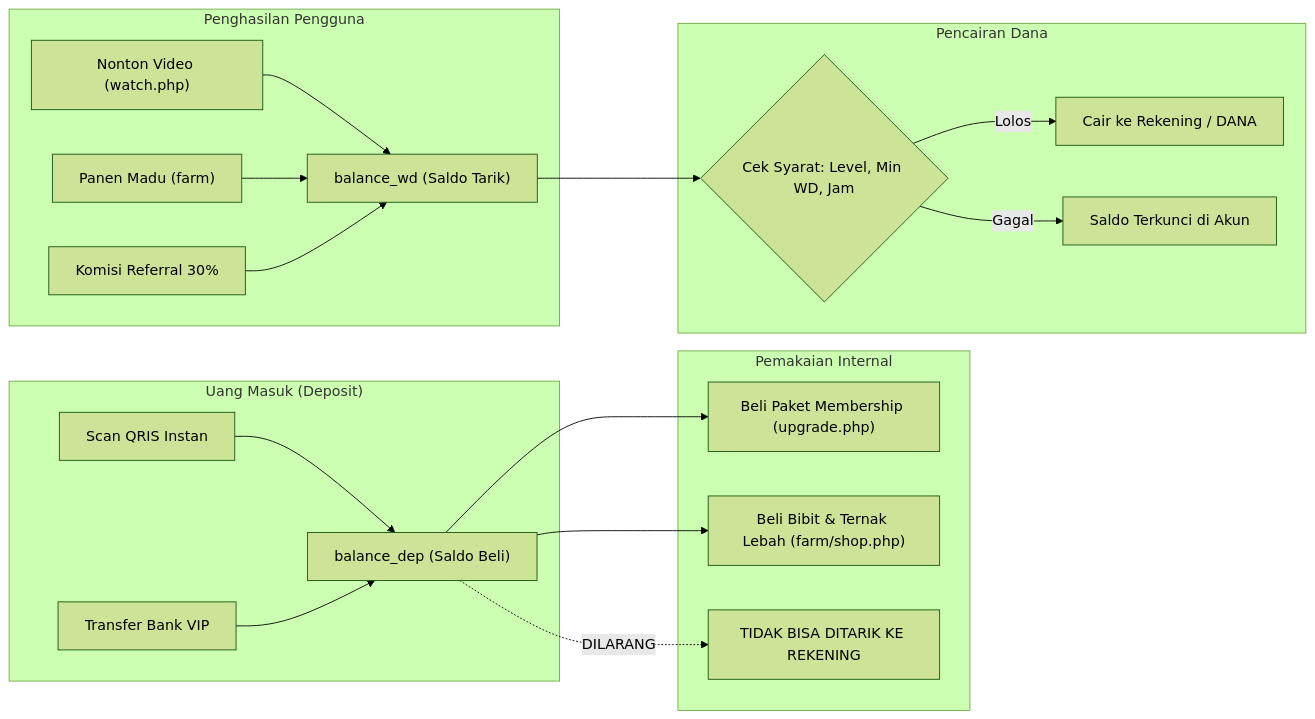
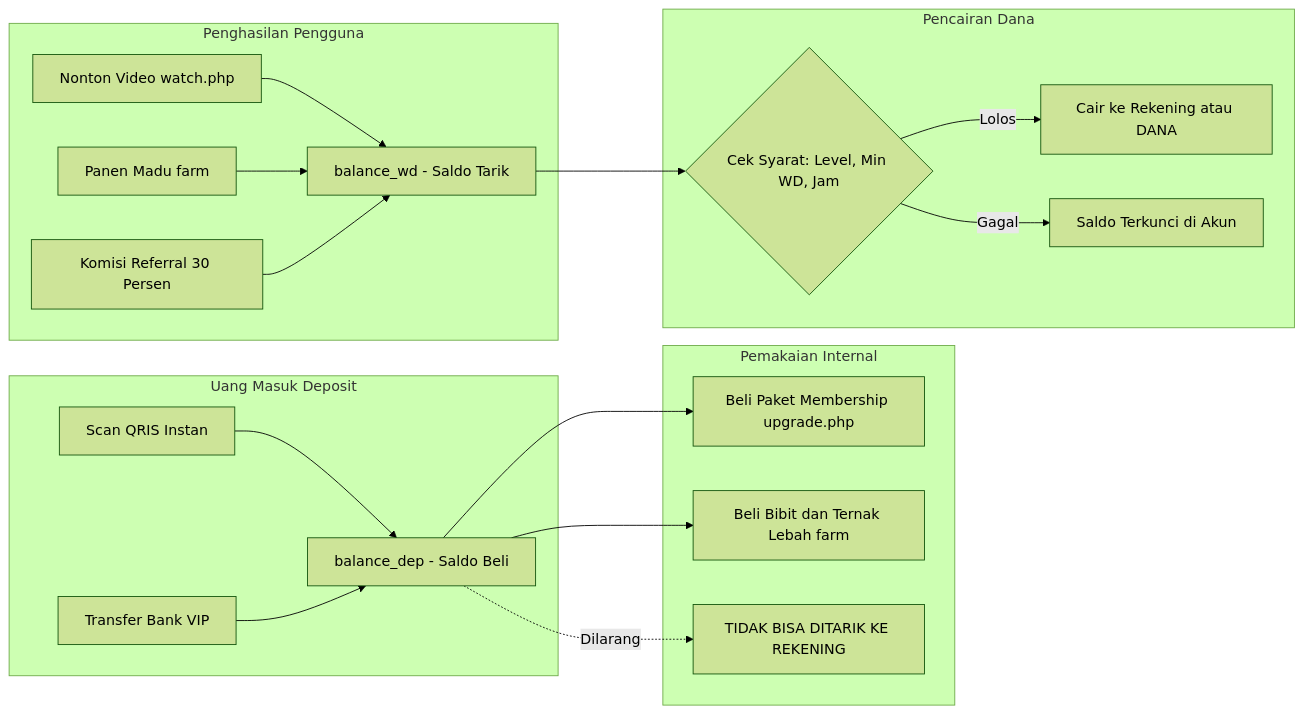
Before and after one commit to NixxyHorwitz/lebahcuan: the first of 5 diagrams in PANDUAN_UPGRADE_DAN_PROFIT.md, drawn with Mermaid (forest theme). The commit also changed other lines of this file, not shown here.

Commit message:
fix(docs): fix Mermaid diagram syntax for GitHub markdown rendering

````diff
--- a/PANDUAN_UPGRADE_DAN_PROFIT.md
+++ b/PANDUAN_UPGRADE_DAN_PROFIT.md
@@ -23,25 +23,25 @@
 ```mermaid
 graph LR
-    subgraph Uang_Masuk["Uang Masuk (Deposit)"]
-        QRIS["Scan QRIS Instan"] --> SaldoBeli["balance_dep (Saldo Beli)"]
-        Bank["Transfer Bank VIP"] --> SaldoBeli
+    subgraph Uang_Masuk [Uang Masuk Deposit]
+        QRIS[Scan QRIS Instan] --> SaldoBeli[balance_dep - Saldo Beli]
+        Bank[Transfer Bank VIP] --> SaldoBeli
     end
 
-    subgraph Pemakaian["Pemakaian Internal"]
-        SaldoBeli --> BeliPaket["Beli Paket Membership (upgrade.php)"]
-        SaldoBeli --> BeliBibit["Beli Bibit & Ternak Lebah (farm/shop.php)"]
-        SaldoBeli -.->|DILARANG| GagalWD["TIDAK BISA DITARIK KE REKENING"]
+    subgraph Pemakaian [Pemakaian Internal]
+        SaldoBeli --> BeliPaket[Beli Paket Membership upgrade.php]
+        SaldoBeli --> BeliBibit[Beli Bibit dan Ternak Lebah farm]
+        SaldoBeli -.->|Dilarang| GagalWD[TIDAK BISA DITARIK KE REKENING]
     end
 
-    subgraph Penghasilan["Penghasilan Pengguna"]
-        Nonton["Nonton Video (watch.php)"] --> SaldoTarik["balance_wd (Saldo Tarik)"]
-        Panen["Panen Madu (farm)"] --> SaldoTarik
-        Referral["Komisi Referral 30%"] --> SaldoTarik
+    subgraph Penghasilan [Penghasilan Pengguna]
+        Nonton[Nonton Video watch.php] --> SaldoTarik[balance_wd - Saldo Tarik]
+        Panen[Panen Madu farm] --> SaldoTarik
+        Referral[Komisi Referral 30 Persen] --> SaldoTarik
     end
 
-    subgraph Pencairan["Pencairan Dana"]
-        SaldoTarik --> Syarat{"Cek Syarat: Level, Min WD, Jam"}
-        Syarat -->|Lolos| BankUser["Cair ke Rekening / DANA"]
-        Syarat -->|Gagal| Terkunci["Saldo Terkunci di Akun"]
+    subgraph Pencairan [Pencairan Dana]
+        SaldoTarik --> Syarat{Cek Syarat: Level, Min WD, Jam}
+        Syarat -->|Lolos| BankUser[Cair ke Rekening atau DANA]
+        Syarat -->|Gagal| Terkunci[Saldo Terkunci di Akun]
     end
 ```
````
